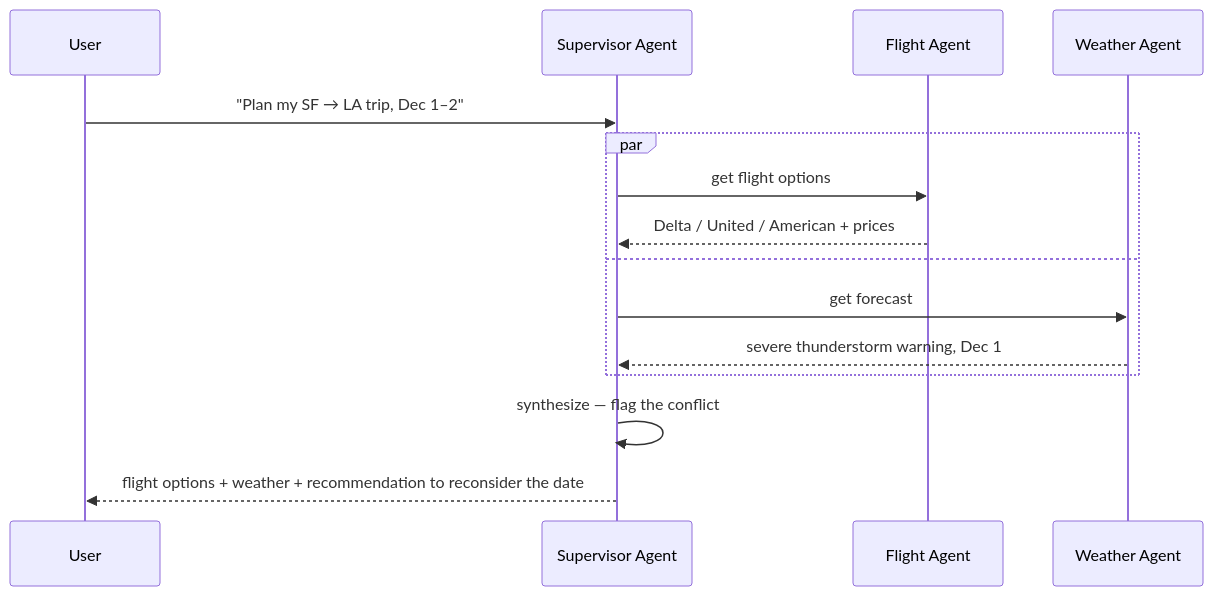
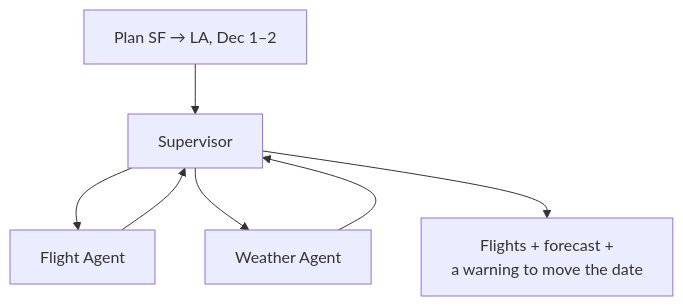
The fourth of 4 diagrams in README.md (mayukataoka/agentic-ai-workflows), drawn with Mermaid before and after one commit. The commit also changed other lines of this file, not shown here.

First line of the commit message:
Simplify README: lead with diagrams, cut duplicate explanation

````diff
--- a/README.md
+++ b/README.md
@@ -156,18 +109,9 @@
 ```mermaid
-sequenceDiagram
-    participant U as User
-    participant S as Supervisor Agent
-    participant F as Flight Agent
-    participant W as Weather Agent
-
-    U->>S: "Plan my SF → LA trip, Dec 1–2"
-    par
-        S->>F: get flight options
-        F-->>S: Delta / United / American + prices
-    and
-        S->>W: get forecast
-        W-->>S: severe thunderstorm warning, Dec 1
-    end
-    S->>S: synthesize — flag the conflict
-    S-->>U: flight options + weather + recommendation to reconsider the date
+flowchart TD
+    U["Plan SF → LA, Dec 1–2"] --> S["Supervisor"]
+    S --> F["Flight Agent"]
+    S --> W["Weather Agent"]
+    F --> S
+    W --> S
+    S --> R["Flights + forecast +<br/>a warning to move the date"]
 ```
````
